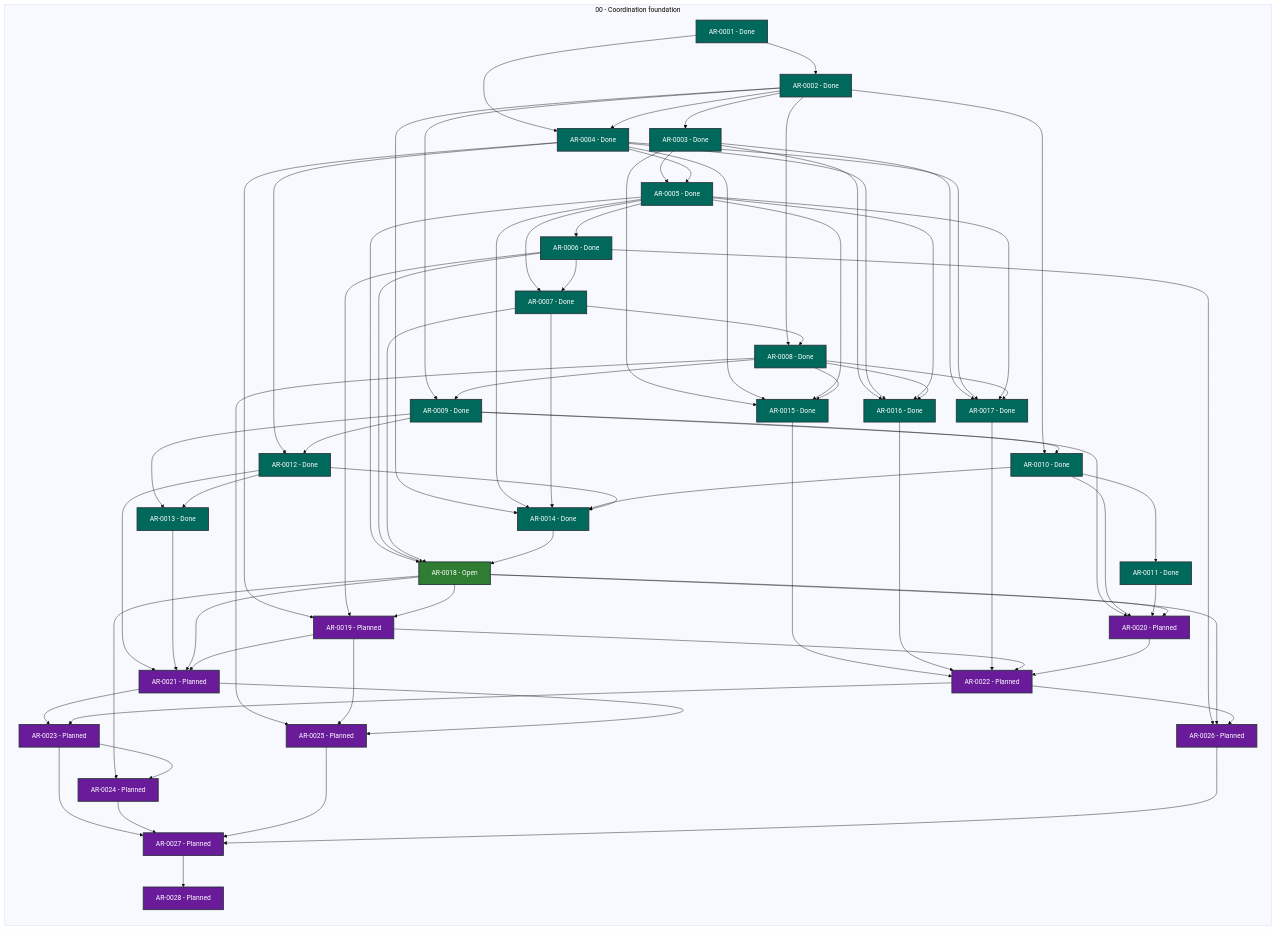
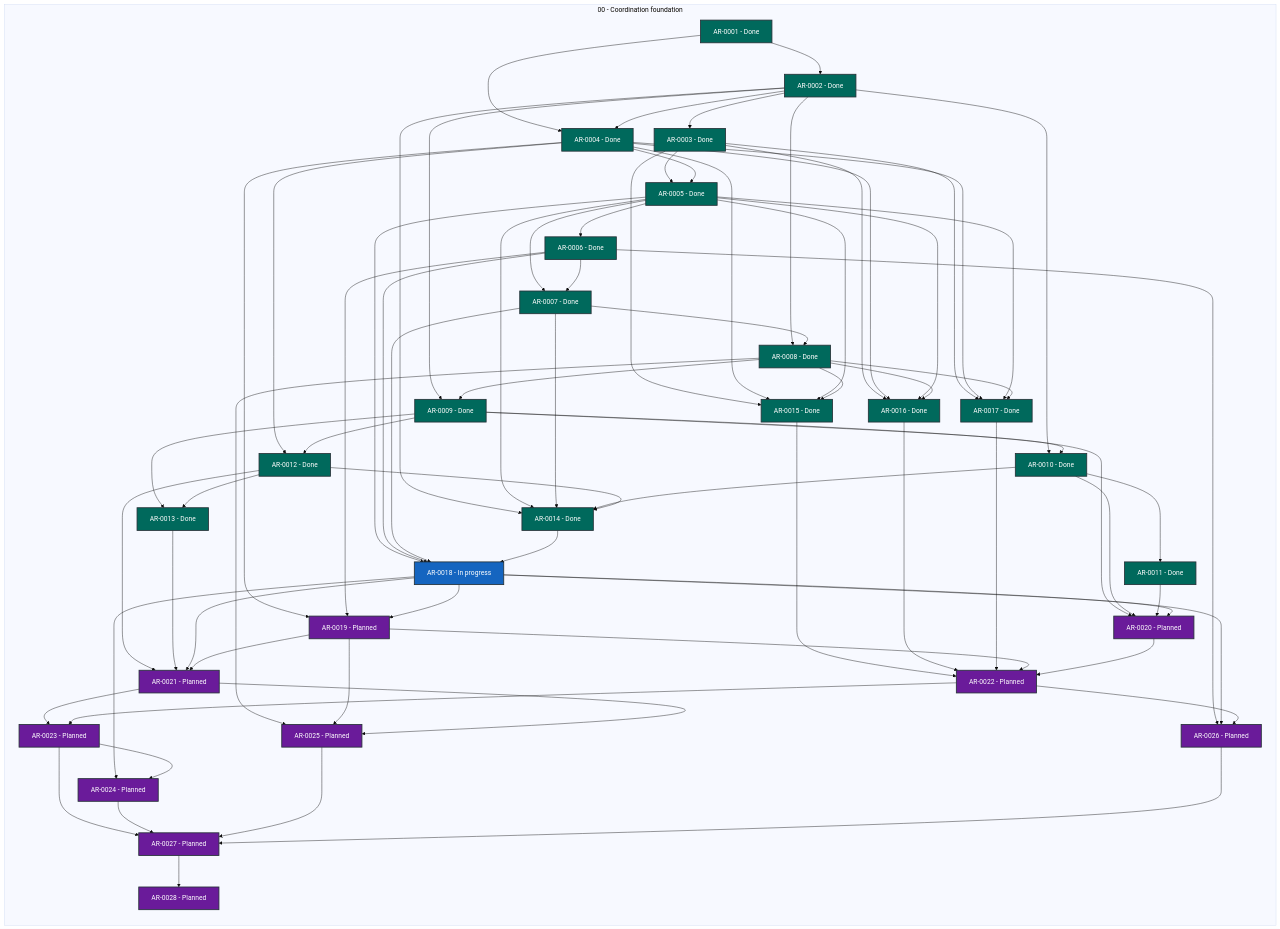
The diagram in STATUS.md (martin-beck/agent-workflow-runtime-state), drawn with Mermaid (base theme) before and after one commit. The commit also changed other lines of this file and 2 other files, not shown here.

```diff
--- a/STATUS.md
+++ b/STATUS.md
@@ -45,7 +45,7 @@
         AR_0015["AR-0015 - Done"]:::status_done
         AR_0016["AR-0016 - Done"]:::status_done
         AR_0017["AR-0017 - Done"]:::status_done
-        AR_0018["AR-0018 - Open"]:::status_open
+        AR_0018["AR-0018 - In progress"]:::status_in_progress
         AR_0019["AR-0019 - Planned"]:::status_planned
         AR_0020["AR-0020 - Planned"]:::status_planned
         AR_0021["AR-0021 - Planned"]:::status_planned
```
